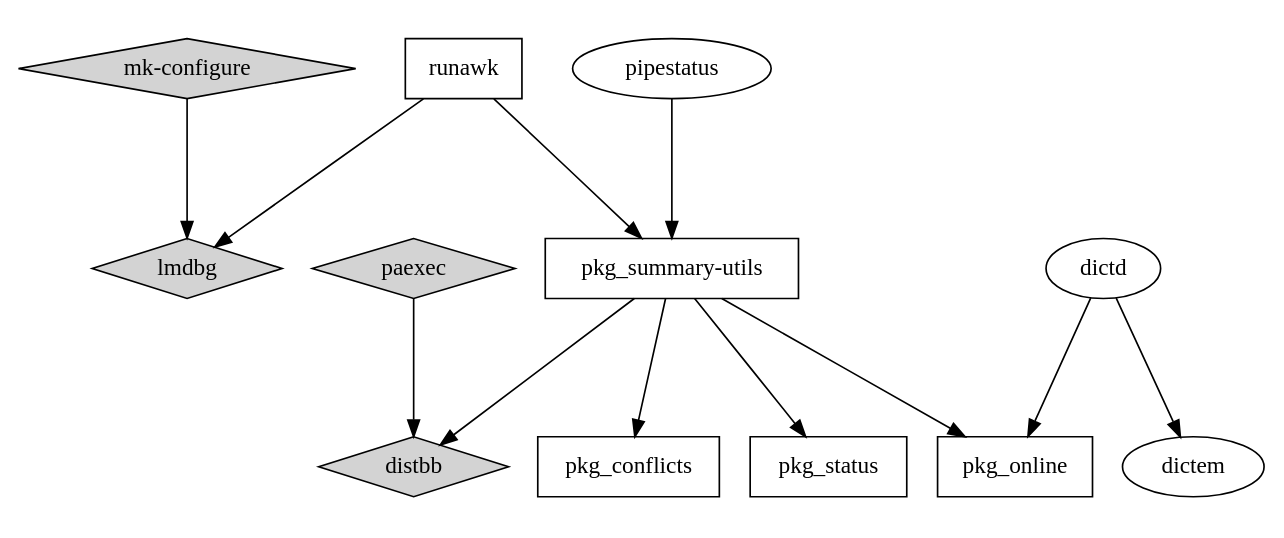
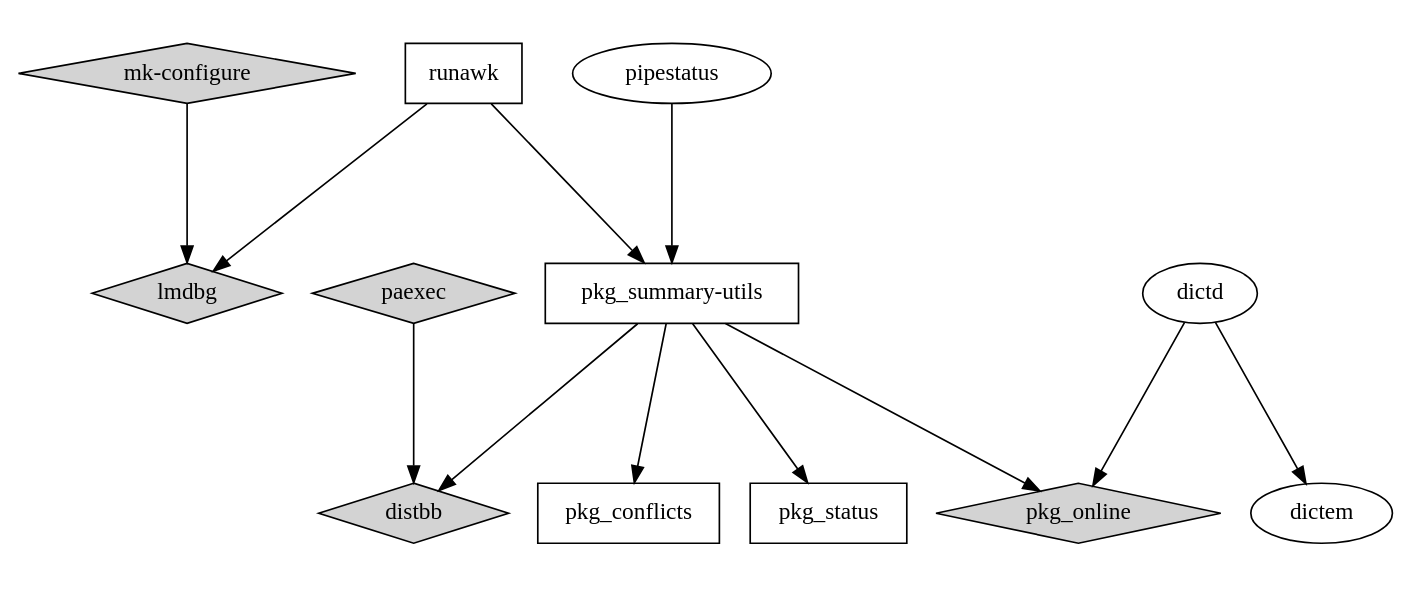
Before and after one commit to cheusov/mk-configure: the diagram in doc/my_prjs.dot, drawn with Graphviz.

Commit message:
pkg_online has also been converted to mk-c

```diff
--- a/doc/my_prjs.dot
+++ b/doc/my_prjs.dot
@@ -1,31 +1,32 @@
 digraph FSA {
  graph [ ratio=compress layout=dot rankdir=UB ratio=0.4 ];
 
  node [ shape = diamond style=filled fonsize=18 ];
 
    "mk-configure" -> "lmdbg";
    "paexec";
    "distbb";
+   "pkg_online";
 
  node [ shape = oval style=solid ];
 
    "dictd";
    "dictem";
 
  node [ shape = box ];
 
    "runawk"            -> "pkg_summary-utils";
    "runawk"            -> "lmdbg";
    "pkg_summary-utils" -> "distbb";
    "paexec"            -> "distbb";
    "dictd"             -> "dictem";
    "pkg_summary-utils" -> "pkg_online";
    "pkg_summary-utils" -> "pkg_conflicts";
    "pkg_summary-utils" -> "pkg_status";
 
  node [ shape = oval style=solid ];
 
    "dictd" -> "pkg_online";
    "pipestatus" -> "pkg_summary-utils";
 
 }
```
